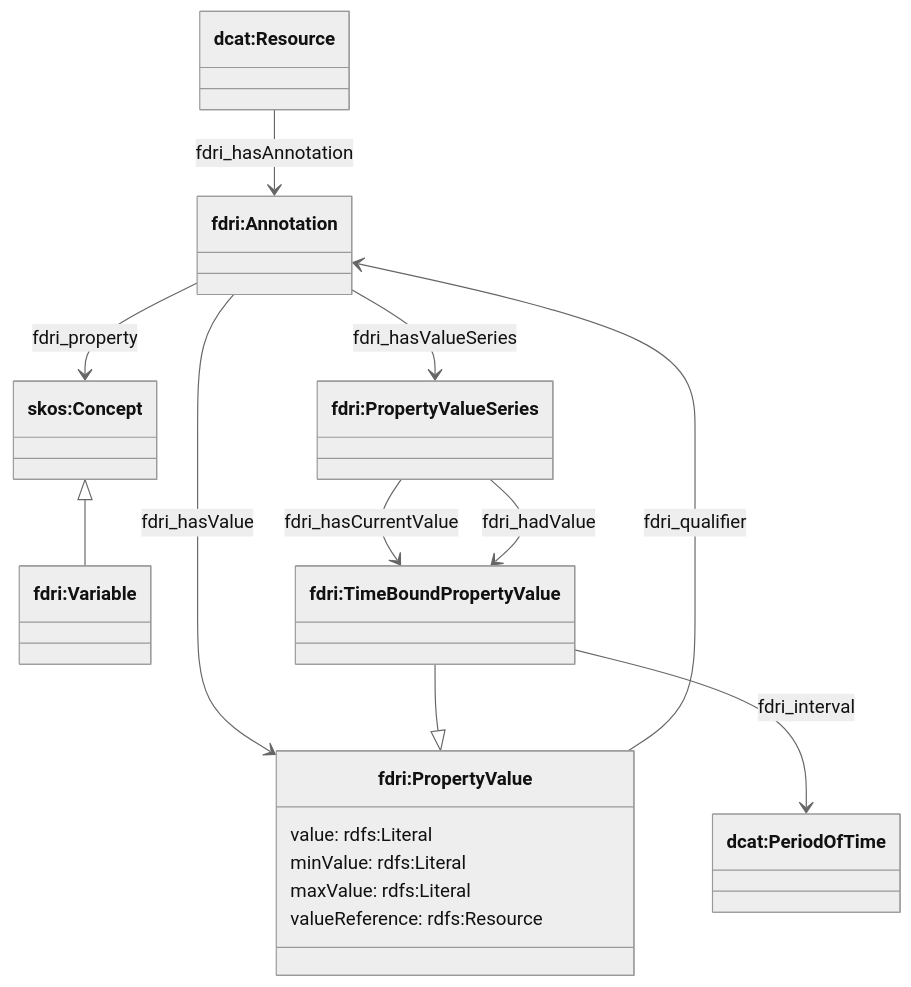
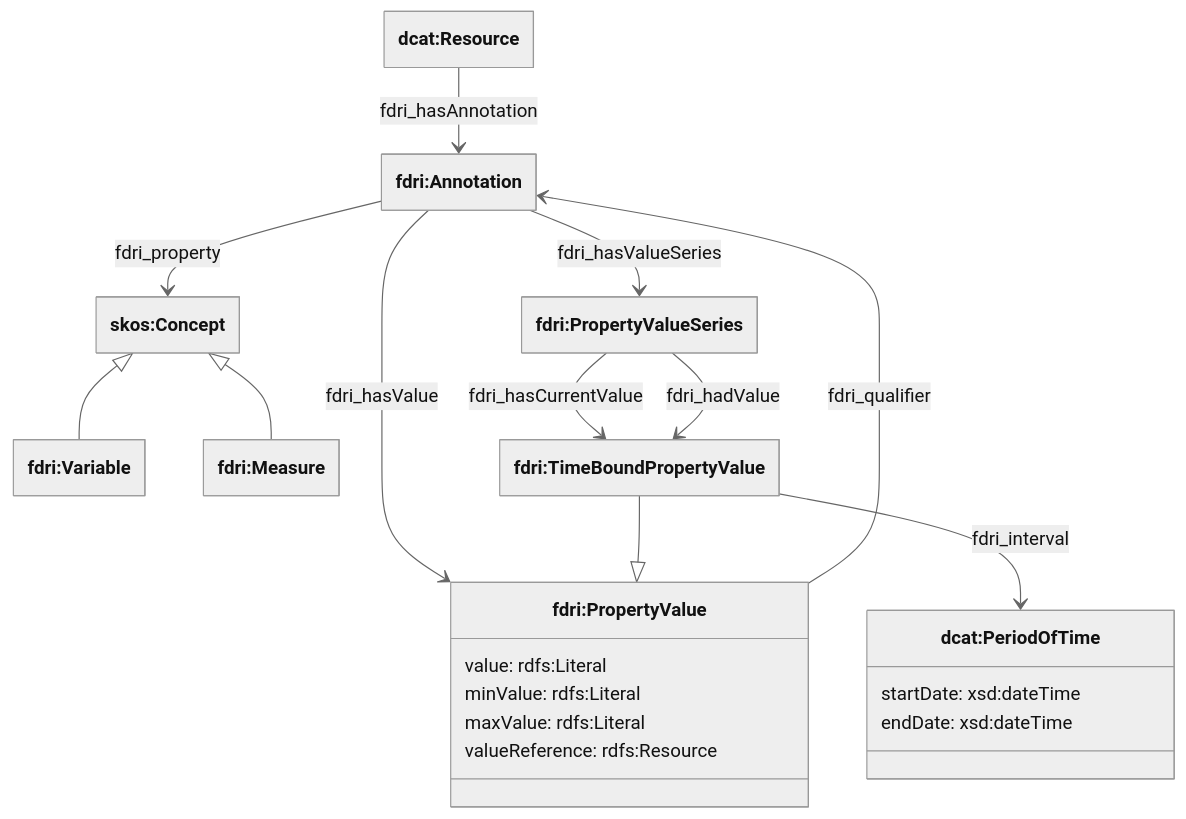
The diagram in doc/annotations.md (NERC-CEH/fdri-ontology), drawn with Mermaid (neutral theme) before and after one commit. The commit also changed other lines of this file and 9 other files, not shown here.

````diff
--- a/doc/annotations.md
+++ b/doc/annotations.md
@@ -17,27 +17,37 @@
 ```mermaid
+---
+  config:
+    class:
+      hideEmptyMembersBox: true
+---
 classDiagram
 class Resource["dcat:Resource"]
 class Annotation["fdri:Annotation"]
 class Concept["skos:Concept"]
 class COP["fdri:Variable"]
+class Measure["fdri:Measure"]
 class PropertyValue["fdri:PropertyValue"] {
     value: rdfs:Literal
     minValue: rdfs:Literal
     maxValue: rdfs:Literal
     valueReference: rdfs:Resource
 }
 class PropertyValueSeries["fdri:PropertyValueSeries"]
 class TBPV["fdri:TimeBoundPropertyValue"]
-class Period["dcat:PeriodOfTime"]
+class Period["dcat:PeriodOfTime"] {
+  startDate: xsd:dateTime
+  endDate: xsd:dateTime
+}
 
 Resource --> Annotation: fdri_hasAnnotation
 Annotation --> Concept: fdri_property
 Annotation --> PropertyValue: fdri_hasValue
 Annotation --> PropertyValueSeries: fdri_hasValueSeries
 PropertyValueSeries --> TBPV: fdri_hasCurrentValue
 PropertyValueSeries --> TBPV: fdri_hadValue
 TBPV --> Period: fdri_interval
 TBPV --|> PropertyValue
 PropertyValue --> Annotation: fdri_qualifier
 Concept <|-- COP
+Concept <|-- Measure
 ```
````
